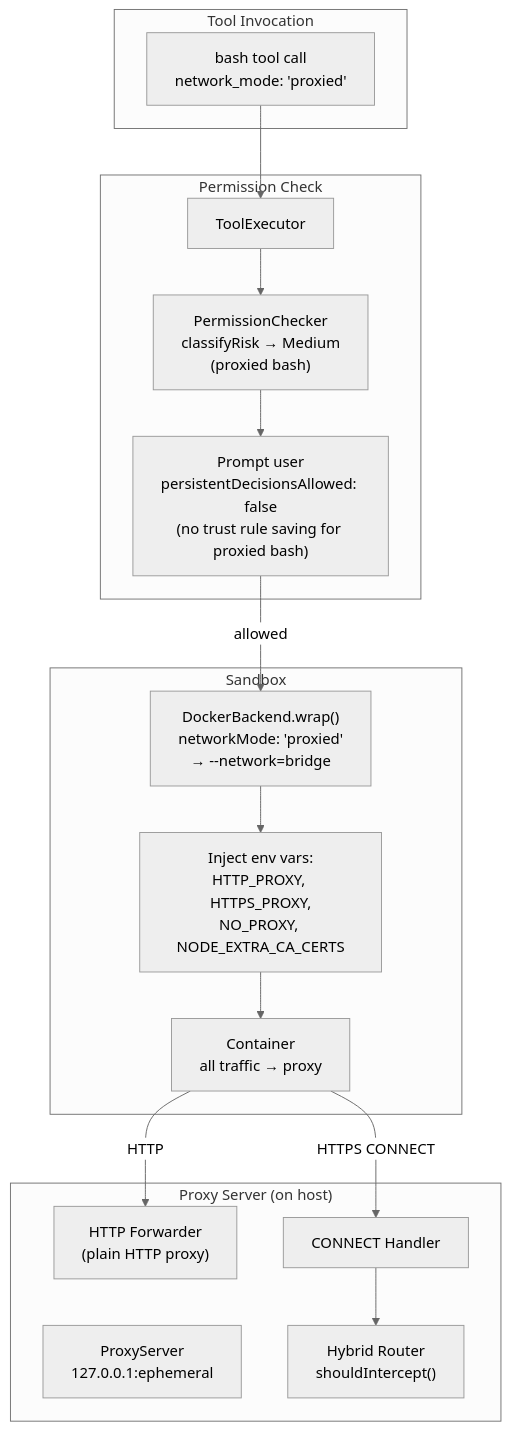
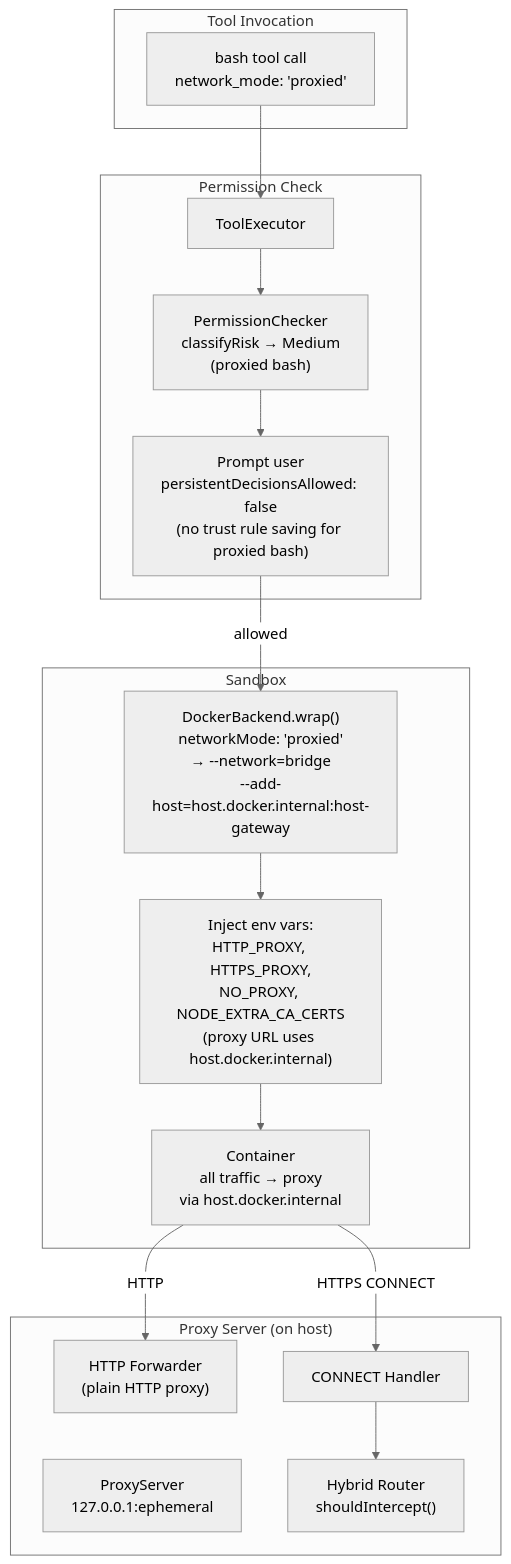
Diagram 34 of 41 in ARCHITECTURE.md (vellum-ai/vellum-assistant), drawn with Mermaid (neutral theme) before and after one commit. The commit also changed other lines of this file, not shown here.

Commit message:
docs: align ARCHITECTURE.md with actual proxy runtime implementation

````diff
--- a/ARCHITECTURE.md
+++ b/ARCHITECTURE.md
@@ -2352,35 +2352,35 @@
 ```mermaid
 graph TB
     subgraph "Tool Invocation"
         BASH_CALL["bash tool call<br/>network_mode: 'proxied'"]
     end
 
     subgraph "Permission Check"
         EXECUTOR["ToolExecutor"]
         PERM["PermissionChecker<br/>classifyRisk → Medium<br/>(proxied bash)"]
         PROMPT["Prompt user<br/>persistentDecisionsAllowed: false<br/>(no trust rule saving for proxied bash)"]
     end
 
     subgraph "Sandbox"
-        DOCKER["DockerBackend.wrap()<br/>networkMode: 'proxied'<br/>→ --network=bridge"]
-        ENV_INJECT["Inject env vars:<br/>HTTP_PROXY, HTTPS_PROXY,<br/>NO_PROXY, NODE_EXTRA_CA_CERTS"]
-        CONTAINER["Container<br/>all traffic → proxy"]
+        DOCKER["DockerBackend.wrap()<br/>networkMode: 'proxied'<br/>→ --network=bridge<br/>--add-host=host.docker.internal:host-gateway"]
+        ENV_INJECT["Inject env vars:<br/>HTTP_PROXY, HTTPS_PROXY,<br/>NO_PROXY, NODE_EXTRA_CA_CERTS<br/>(proxy URL uses host.docker.internal)"]
+        CONTAINER["Container<br/>all traffic → proxy<br/>via host.docker.internal"]
     end
 
     subgraph "Proxy Server (on host)"
         SERVER["ProxyServer<br/>127.0.0.1:ephemeral"]
         HTTP_FWD["HTTP Forwarder<br/>(plain HTTP proxy)"]
         CONNECT["CONNECT Handler"]
         ROUTER["Hybrid Router<br/>shouldIntercept()"]
     end
 
     BASH_CALL --> EXECUTOR
     EXECUTOR --> PERM
     PERM --> PROMPT
     PROMPT -->|"allowed"| DOCKER
     DOCKER --> ENV_INJECT
     ENV_INJECT --> CONTAINER
     CONTAINER -->|"HTTP"| HTTP_FWD
     CONTAINER -->|"HTTPS CONNECT"| CONNECT
     CONNECT --> ROUTER
 ```
````
